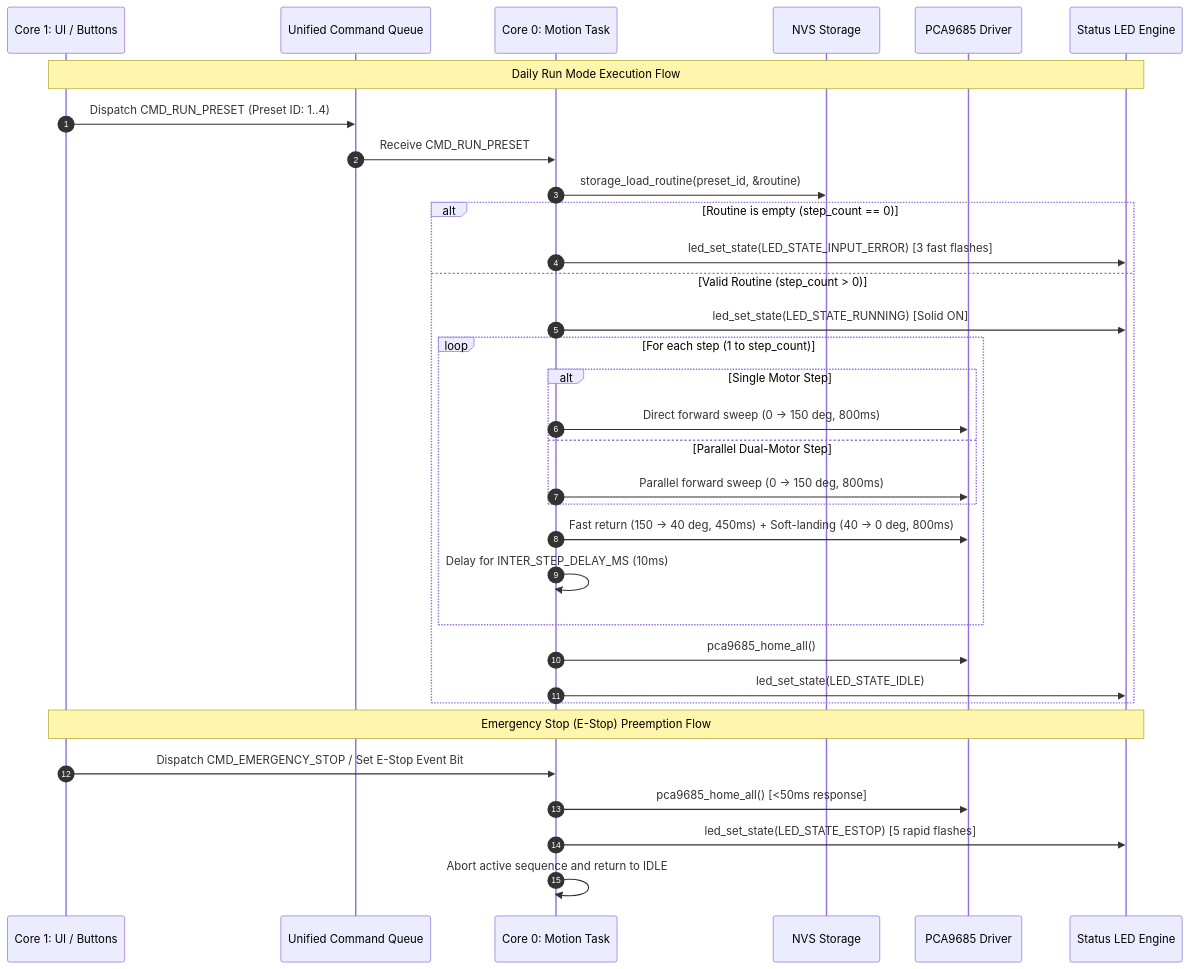
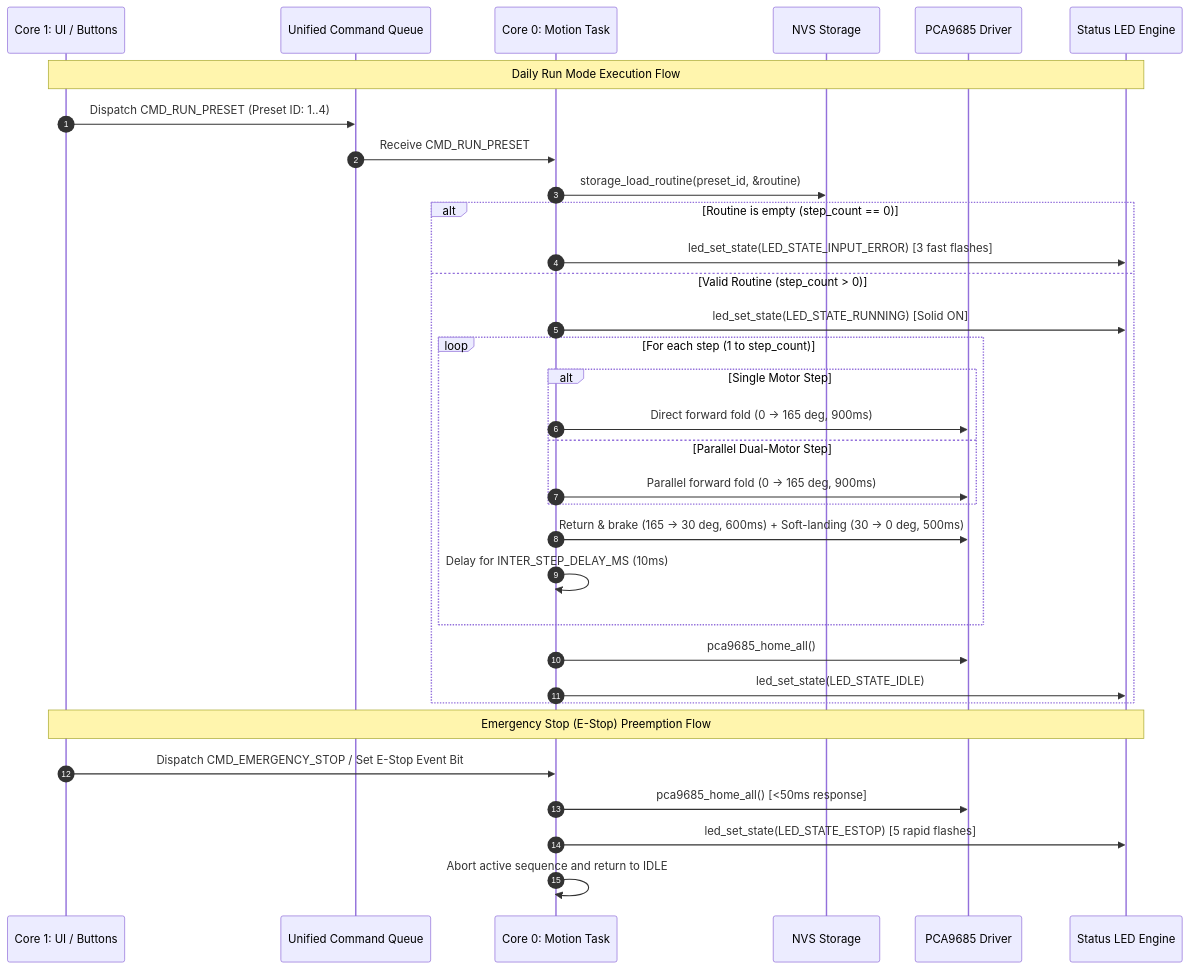
One commit to aiandrobotics/fabrica changed the diagram in firmware/specs/2026-08-27-phase-5-motion-engine/requirements.md. Above: the diagram before and after it, drawn with Mermaid. The commit also changed other lines of this file and 29 other files, not shown here.

````diff
--- a/firmware/specs/2026-08-27-phase-5-motion-engine/requirements.md
+++ b/firmware/specs/2026-08-27-phase-5-motion-engine/requirements.md
@@ -76,37 +76,37 @@
 ```mermaid
 sequenceDiagram
     autonumber
     participant UI as Core 1: UI / Buttons
     participant Q as Unified Command Queue
     participant M as Core 0: Motion Task
     participant NVS as NVS Storage
     participant I2C as PCA9685 Driver
     participant LED as Status LED Engine
 
     Note over UI,LED: Daily Run Mode Execution Flow
     UI->>Q: Dispatch CMD_RUN_PRESET (Preset ID: 1..4)
     Q->>M: Receive CMD_RUN_PRESET
     M->>NVS: storage_load_routine(preset_id, &routine)
     alt Routine is empty (step_count == 0)
         M->>LED: led_set_state(LED_STATE_INPUT_ERROR) [3 fast flashes]
     else Valid Routine (step_count > 0)
         M->>LED: led_set_state(LED_STATE_RUNNING) [Solid ON]
         loop For each step (1 to step_count)
             alt Single Motor Step
-                M->>I2C: Direct forward sweep (0 -> 150 deg, 800ms)
+                M->>I2C: Direct forward fold (0 -> 165 deg, 900ms)
             else Parallel Dual-Motor Step
-                M->>I2C: Parallel forward sweep (0 -> 150 deg, 800ms)
+                M->>I2C: Parallel forward fold (0 -> 165 deg, 900ms)
             end
-            M->>I2C: Fast return (150 -> 40 deg, 450ms) + Soft-landing (40 -> 0 deg, 800ms)
+            M->>I2C: Return & brake (165 -> 30 deg, 600ms) + Soft-landing (30 -> 0 deg, 500ms)
             M->>M: Delay for INTER_STEP_DELAY_MS (10ms)
         end
         M->>I2C: pca9685_home_all()
         M->>LED: led_set_state(LED_STATE_IDLE)
     end
 
     Note over UI,LED: Emergency Stop (E-Stop) Preemption Flow
     UI->>M: Dispatch CMD_EMERGENCY_STOP / Set E-Stop Event Bit
     M->>I2C: pca9685_home_all() [<50ms response]
     M->>LED: led_set_state(LED_STATE_ESTOP) [5 rapid flashes]
     M->>M: Abort active sequence and return to IDLE
 ```
````
